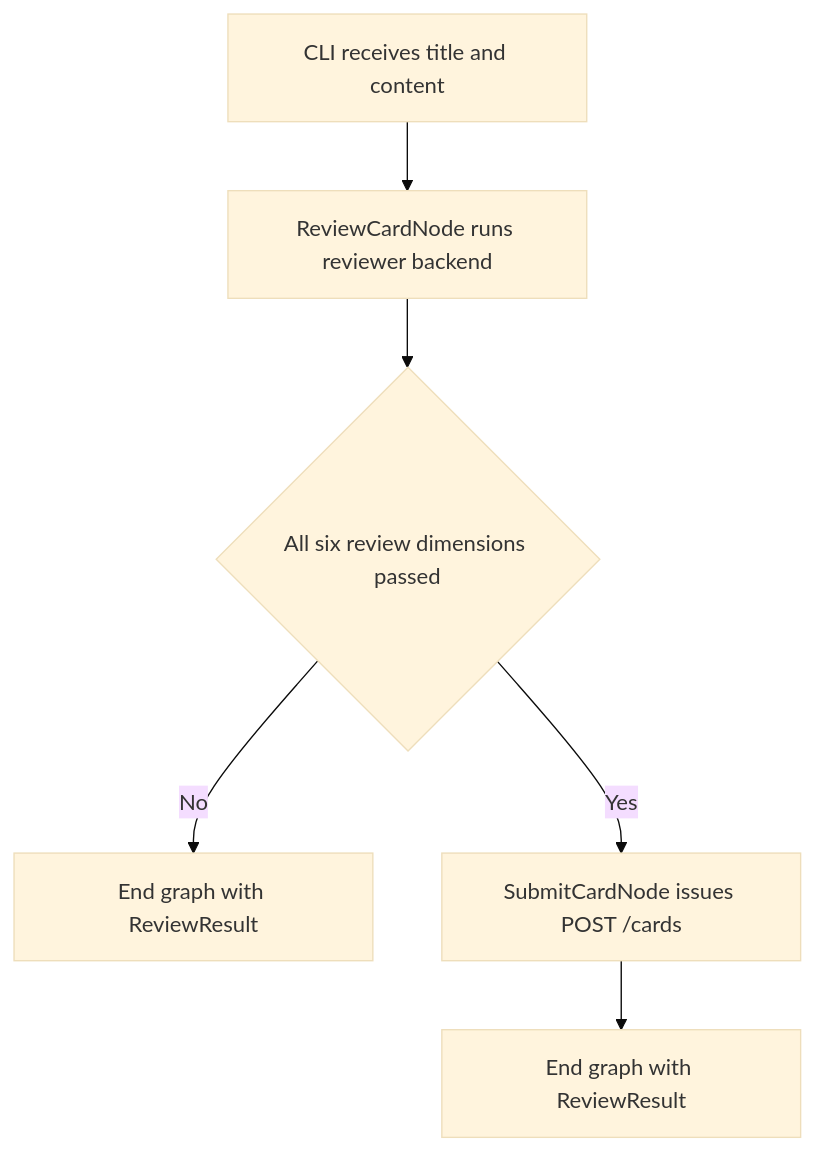
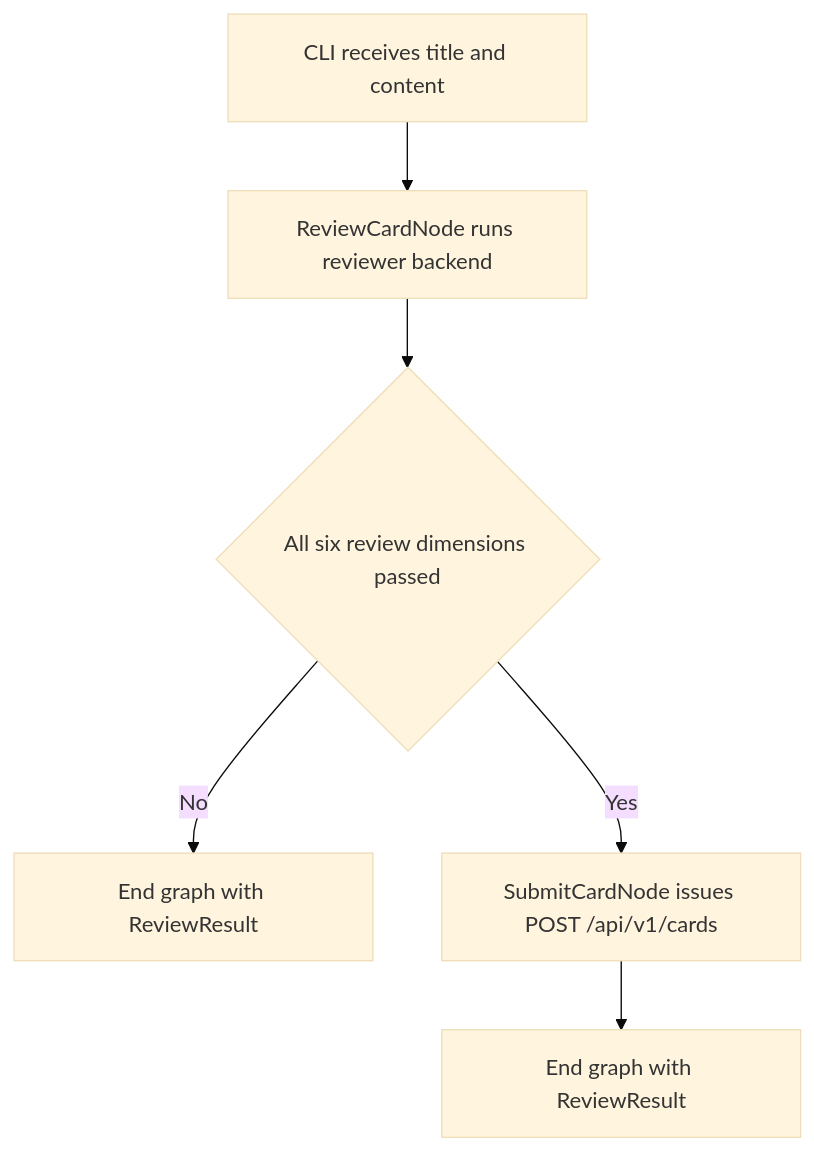
Before and after one commit to QinMian5/hll: the diagram in .orbital/specs/designs/cli-review-orchestration.md, drawn with Mermaid (base theme). The commit also changed other lines of this file and 38 other files, not shown here.

````diff
--- a/.orbital/specs/designs/cli-review-orchestration.md
+++ b/.orbital/specs/designs/cli-review-orchestration.md
@@ -102,15 +102,15 @@
 ```mermaid
 flowchart TD
     start["CLI receives title and content"]
     review["ReviewCardNode runs reviewer backend"]
     decision{"All six review dimensions passed"}
     reject["End graph with ReviewResult"]
-    submit["SubmitCardNode issues POST /cards"]
+    submit["SubmitCardNode issues POST /api/v1/cards"]
     finish["End graph with ReviewResult"]
 
     start --> review
     review --> decision
     decision -->|No| reject
     decision -->|Yes| submit
     submit --> finish
 ```
````
